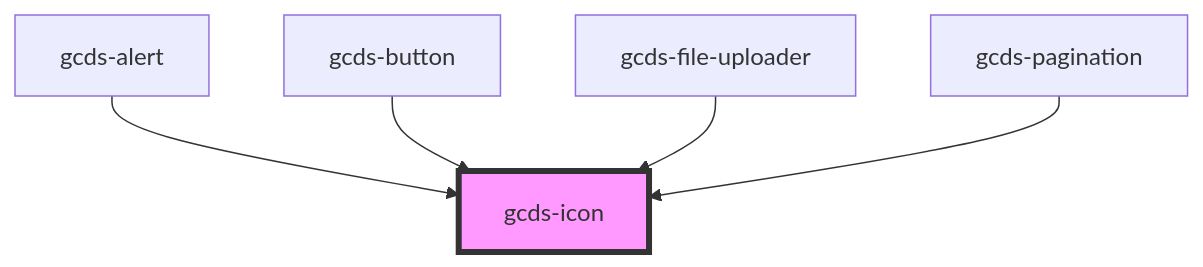
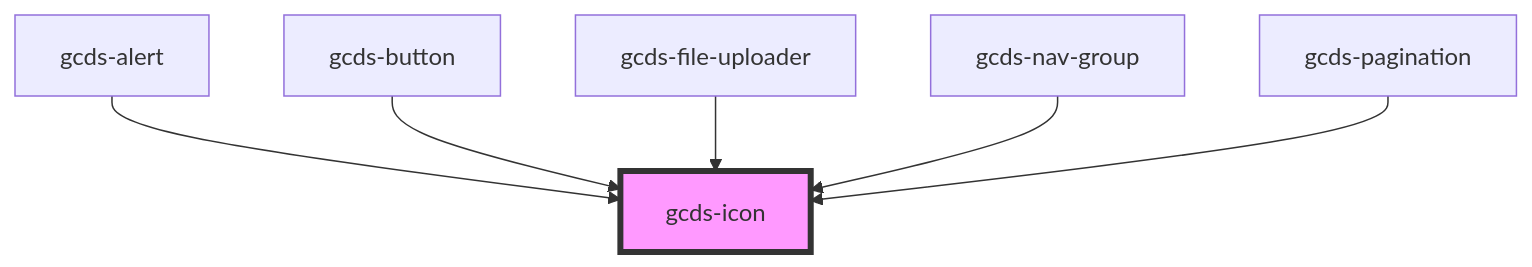
The diagram in packages/web/src/components/gcds-icon/readme.md (cds-snc/gcds-components), drawn with Mermaid before and after one commit. The commit also changed other lines of this file and 8 other files, not shown here.

Commit message:
wip: add styling for gcds-nav-group component

````diff
--- a/packages/web/src/components/gcds-icon/readme.md
+++ b/packages/web/src/components/gcds-icon/readme.md
@@ -31,8 +32,9 @@
 ```mermaid
 graph TD;
   gcds-alert --> gcds-icon
   gcds-button --> gcds-icon
   gcds-file-uploader --> gcds-icon
+  gcds-nav-group --> gcds-icon
   gcds-pagination --> gcds-icon
   style gcds-icon fill:#f9f,stroke:#333,stroke-width:4px
 ```
````
